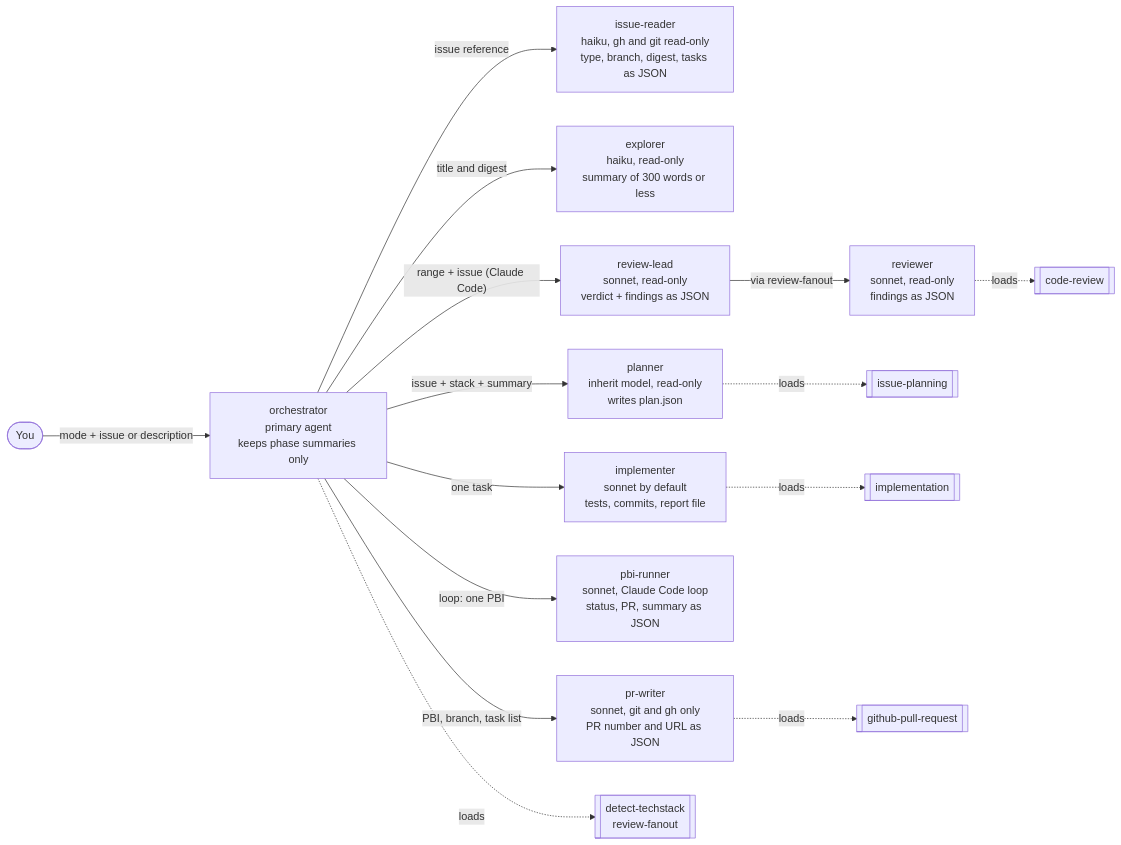
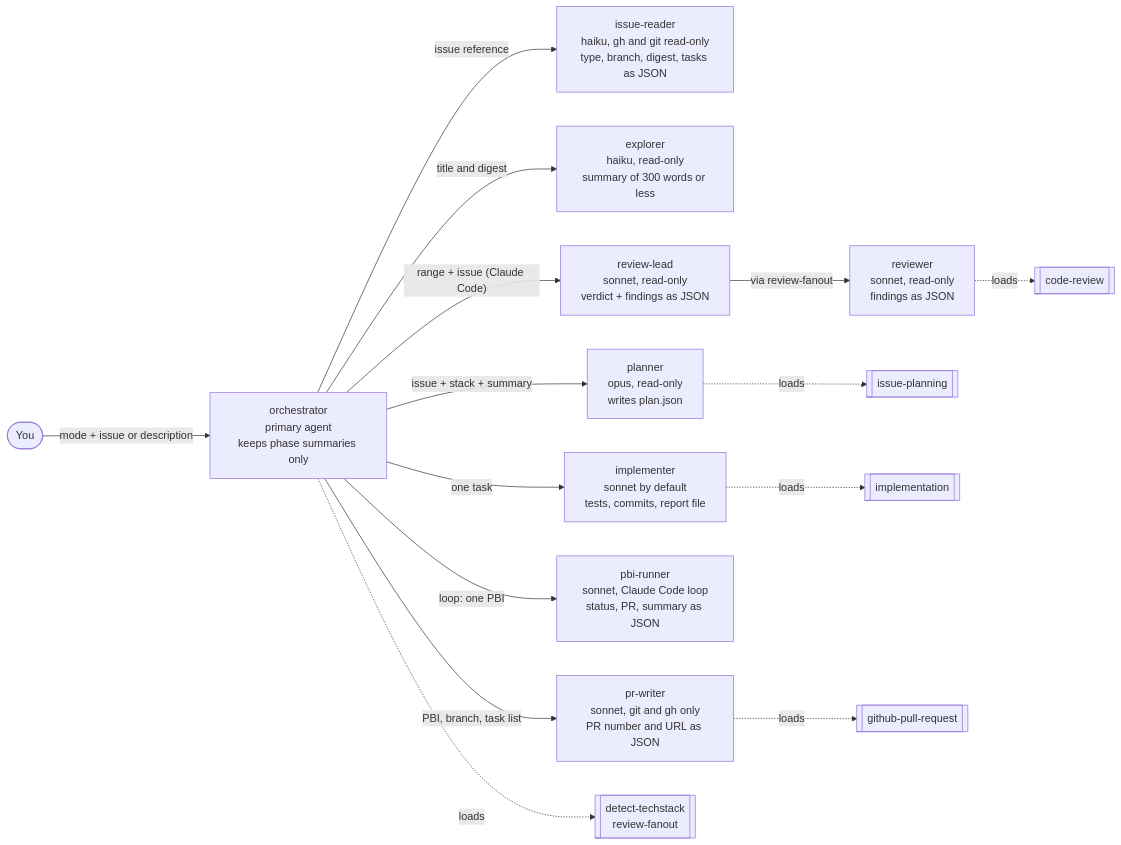
The first of 11 diagrams in docs/orchestrator.md (GravionLabs/apm-hub), drawn with Mermaid before and after one commit. The commit also changed other lines of this file and 8 other files, not shown here.

````diff
--- a/docs/orchestrator.md
+++ b/docs/orchestrator.md
@@ -11,17 +11,17 @@
 ```mermaid
 flowchart LR
     U([You]) -->|"mode + issue or description"| O["orchestrator<br/>primary agent<br/>keeps phase summaries only"]
     O -->|"issue reference"| D["issue-reader<br/>haiku, gh and git read-only<br/>type, branch, digest, tasks as JSON"]
     O -->|"title and digest"| E["explorer<br/>haiku, read-only<br/>summary of 300 words or less"]
-    O -->|"issue + stack + summary"| P["planner<br/>inherit model, read-only<br/>writes plan.json"]
+    O -->|"issue + stack + summary"| P["planner<br/>opus, read-only<br/>writes plan.json"]
     O -->|"one task"| I["implementer<br/>sonnet by default<br/>tests, commits, report file"]
     O -->|"range + issue (Claude Code)"| L["review-lead<br/>sonnet, read-only<br/>verdict + findings as JSON"]
     L -->|"via review-fanout"| R["reviewer<br/>sonnet, read-only<br/>findings as JSON"]
     O -->|"loop: one PBI"| B["pbi-runner<br/>sonnet, Claude Code loop<br/>status, PR, summary as JSON"]
     O -->|"PBI, branch, task list"| W["pr-writer<br/>sonnet, git and gh only<br/>PR number and URL as JSON"]
     P -.->|"loads"| S1[["issue-planning"]]
     I -.->|"loads"| S2[["implementation"]]
     R -.->|"loads"| S3[["code-review"]]
     W -.->|"loads"| S5[["github-pull-request"]]
     O -.->|"loads"| S4[["detect-techstack<br/>review-fanout"]]
 ```
````
